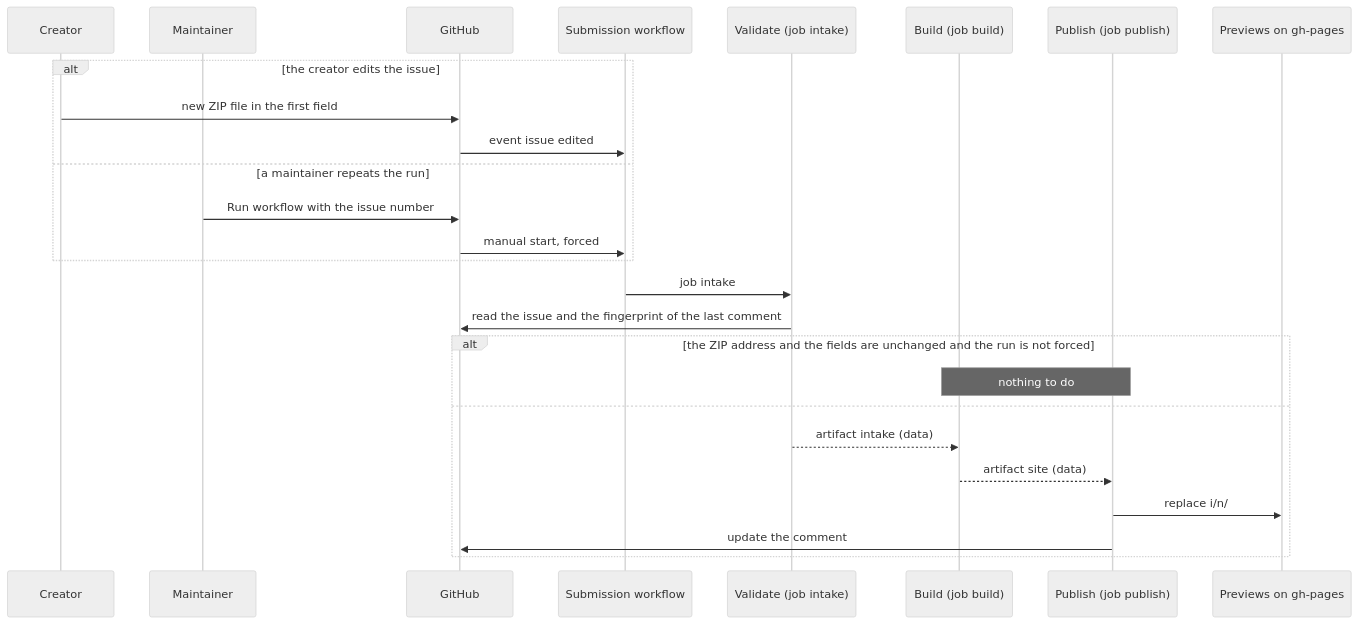
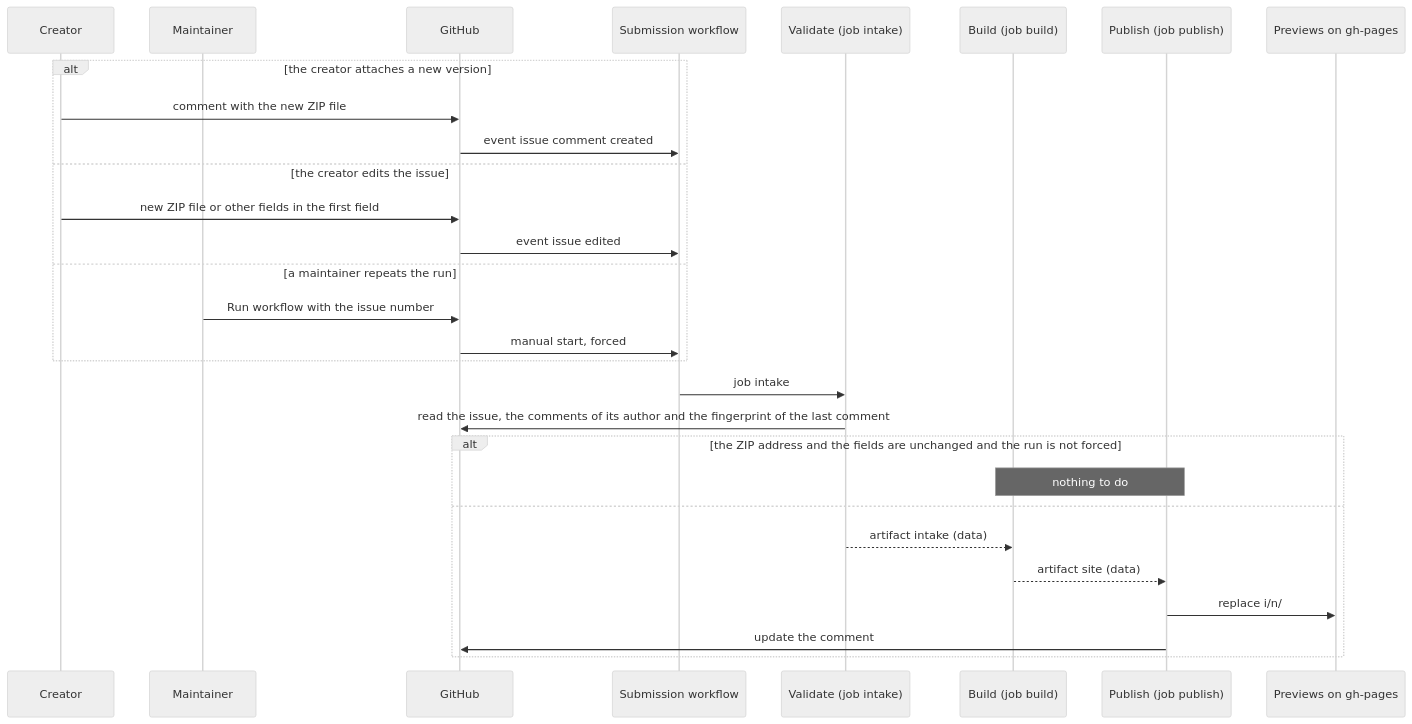
One commit to lernapps/practice changed the third of 6 diagrams in docs/arc42/06-runtime-view.arc42.md. Above: the diagram before and after it, drawn with Mermaid (neutral theme). The commit also changed other lines of this file and 18 other files, not shown here.

First line of the commit message:
feat: build again when the issue's author attaches a new ZIP file in a comment

````diff
--- a/docs/arc42/06-runtime-view.arc42.md
+++ b/docs/arc42/06-runtime-view.arc42.md
@@ -129,28 +129,31 @@
 ```mermaid
 sequenceDiagram
     participant creator as Creator
     participant maintainer as Maintainer
     participant github as GitHub
     participant flow as Submission workflow
     participant intake as Validate (job intake)
     participant build as Build (job build)
     participant publish as Publish (job publish)
     participant previews as Previews on gh-pages
-    alt the creator edits the issue
-        creator->>github: new ZIP file in the first field
+    alt the creator attaches a new version
+        creator->>github: comment with the new ZIP file
+        github->>flow: event issue comment created
+    else the creator edits the issue
+        creator->>github: new ZIP file or other fields in the first field
         github->>flow: event issue edited
     else a maintainer repeats the run
         maintainer->>github: Run workflow with the issue number
         github->>flow: manual start, forced
     end
     flow->>intake: job intake
-    intake->>github: read the issue and the fingerprint of the last comment
+    intake->>github: read the issue, the comments of its author and the fingerprint of the last comment
     alt the ZIP address and the fields are unchanged and the run is not forced
         Note over build,publish: nothing to do
     else
         intake-->>build: artifact intake (data)
         build-->>publish: artifact site (data)
         publish->>previews: replace i/n/
         publish->>github: update the comment
     end
 ```
````
